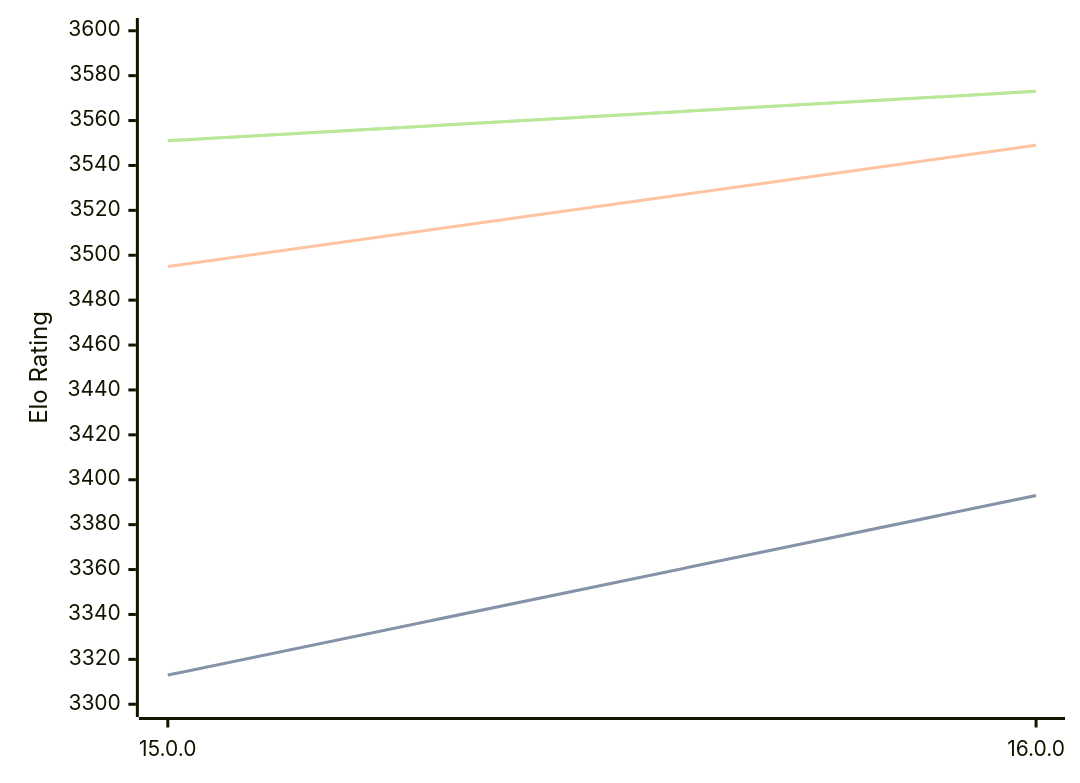
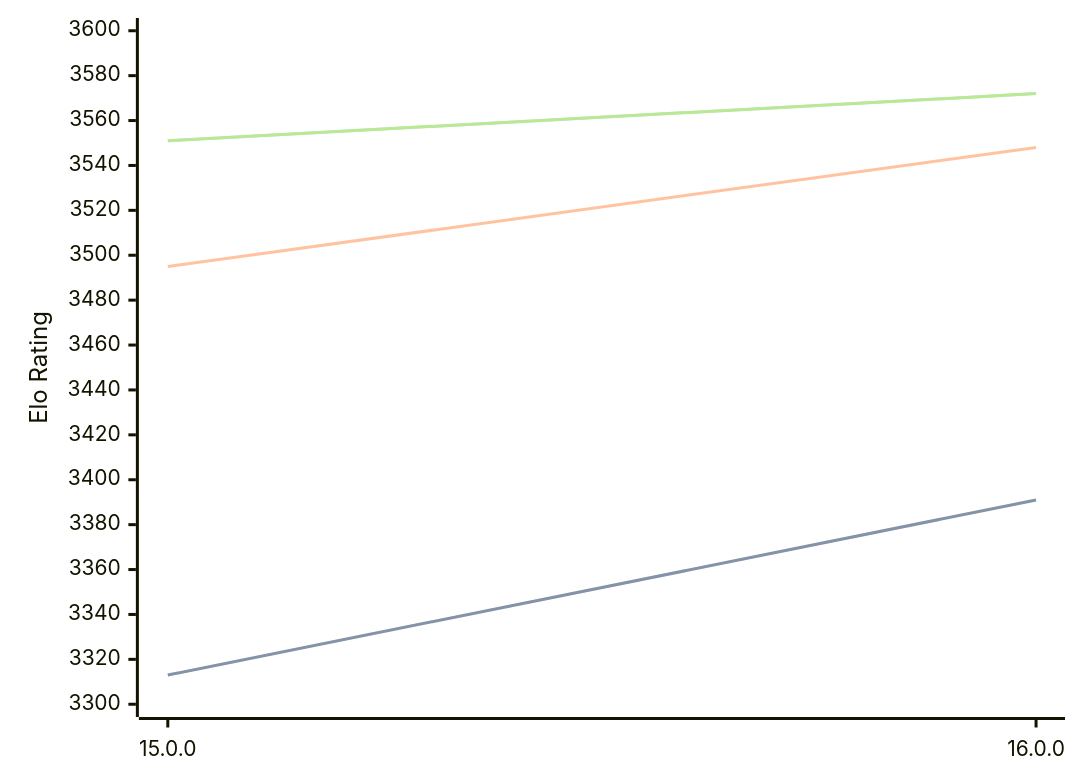
The diagram in engines/Halogen.md (computer-chess-index/cci), drawn with Mermaid before and after one commit. The commit also changed other lines of this file, not shown here.

Commit message:
Update CCI Ratings (ELO VLTC) - 2026-03-30

````diff
--- a/engines/Halogen.md
+++ b/engines/Halogen.md
@@ -50,11 +50,11 @@
 ```mermaid
 %%{init: {"theme":"base","themeVariables":{"seriesColors:['#a3a3a3','#222221','#faa371']}}}%%
 xychart-beta
   x-axis ["15.0.0", "16.0.0"]
   y-axis "Elo Rating" 3300 --> 3600
-  line "STC (8.0+0.08s)" [3313, 3393]
-  line "STC (8.0+0.08s)" [3313, 3393]
-  line "LTC (60.0+0.60s)" [3495, 3549]
-  line "VLTC (2m24s+1.12s)" [3551, 3573]
-  line "VLTC (2m24s+1.12s)" [3551, 3573]
+  line "STC (8.0+0.08s)" [3313, 3391]
+  line "STC (8.0+0.08s)" [3313, 3391]
+  line "LTC (60.0+0.60s)" [3495, 3548]
+  line "VLTC (2m24s+1.12s)" [3551, 3572]
+  line "VLTC (2m24s+1.12s)" [3551, 3572]
 ```
````
